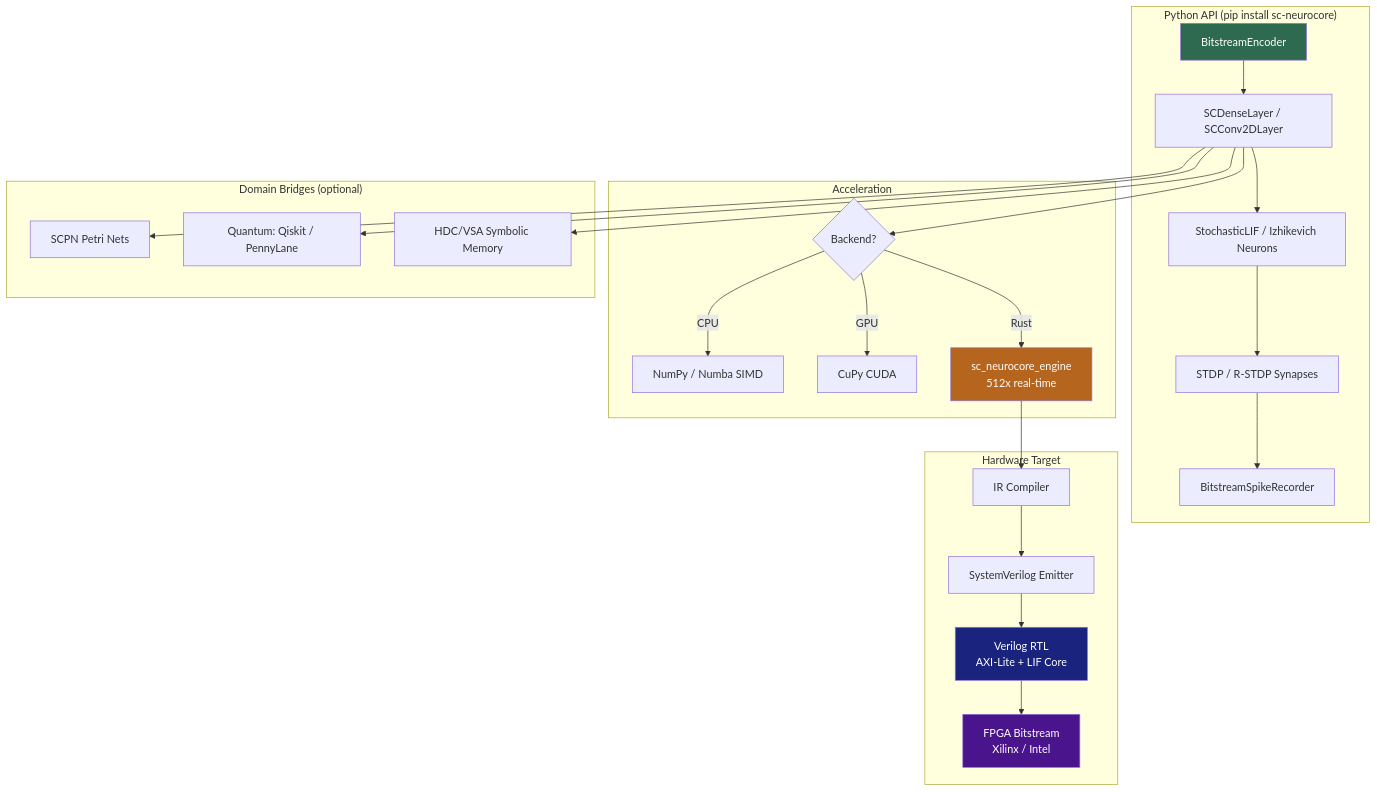
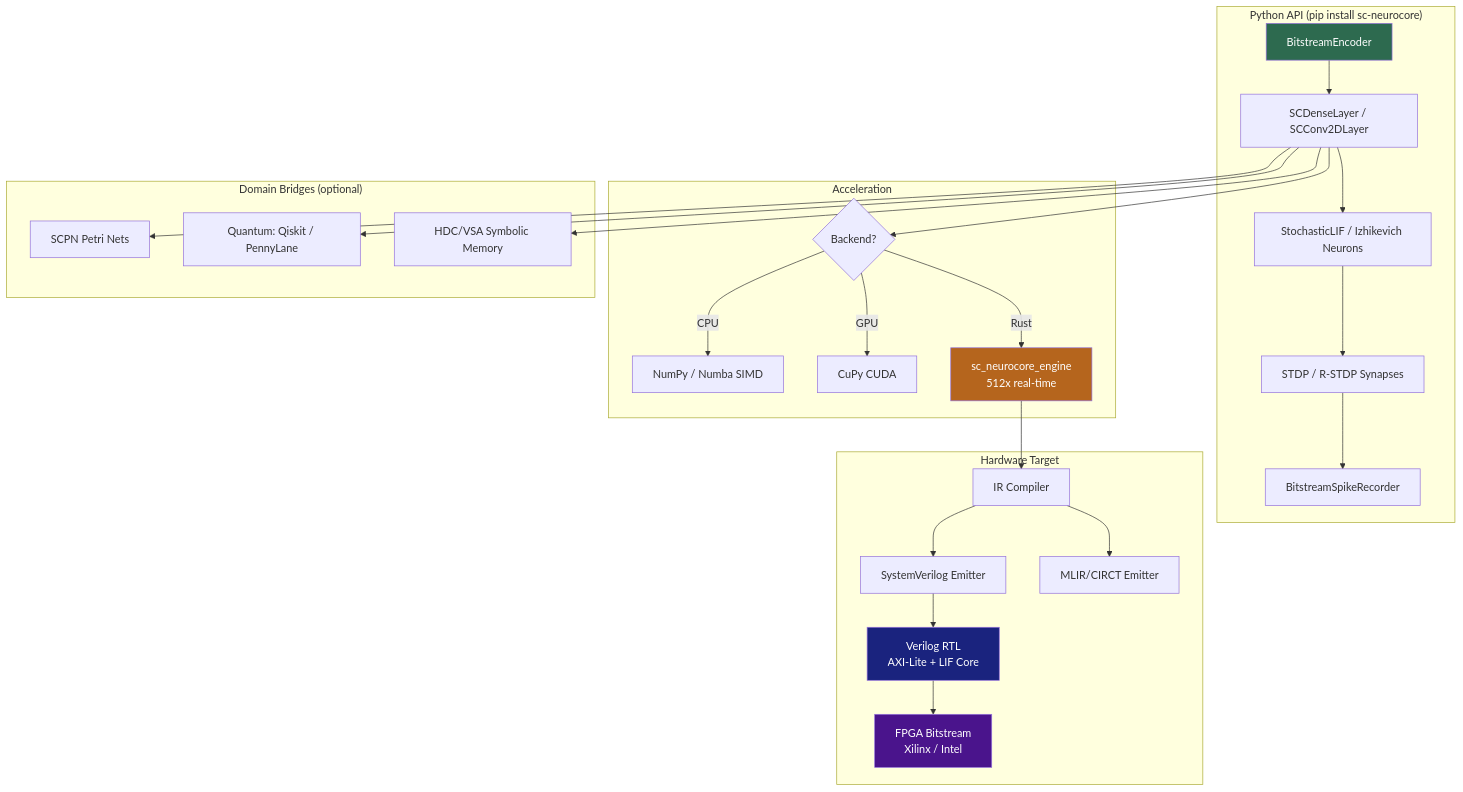
The diagram in README.md (anulum/sc-neurocore), drawn with Mermaid before and after one commit. The commit also changed other lines of this file and 12 other files, not shown here.

````diff
--- a/README.md
+++ b/README.md
@@ -123,34 +125,35 @@
 ```mermaid
 graph TD
     subgraph "Python API (pip install sc-neurocore)"
         A[BitstreamEncoder] --> B[SCDenseLayer / SCConv2DLayer]
         B --> C[StochasticLIF / Izhikevich Neurons]
         C --> D[STDP / R-STDP Synapses]
         D --> E[BitstreamSpikeRecorder]
     end
 
     subgraph "Acceleration"
         B --> F{Backend?}
         F -->|CPU| G[NumPy / Numba SIMD]
         F -->|GPU| H[CuPy CUDA]
         F -->|Rust| I[sc_neurocore_engine<br/>512x real-time]
     end
 
     subgraph "Hardware Target"
         I --> J[IR Compiler]
         J --> K[SystemVerilog Emitter]
+        J --> K2[MLIR/CIRCT Emitter]
         K --> L[Verilog RTL<br/>AXI-Lite + LIF Core]
         L --> M[FPGA Bitstream<br/>Xilinx / Intel]
     end
 
     subgraph "Domain Bridges (optional)"
         B --> N[SCPN Petri Nets]
         B --> O[Quantum: Qiskit / PennyLane]
         B --> P[HDC/VSA Symbolic Memory]
     end
 
     style A fill:#2d6a4f,color:#fff
     style I fill:#b5651d,color:#fff
     style L fill:#1a237e,color:#fff
     style M fill:#4a148c,color:#fff
 ```
````
